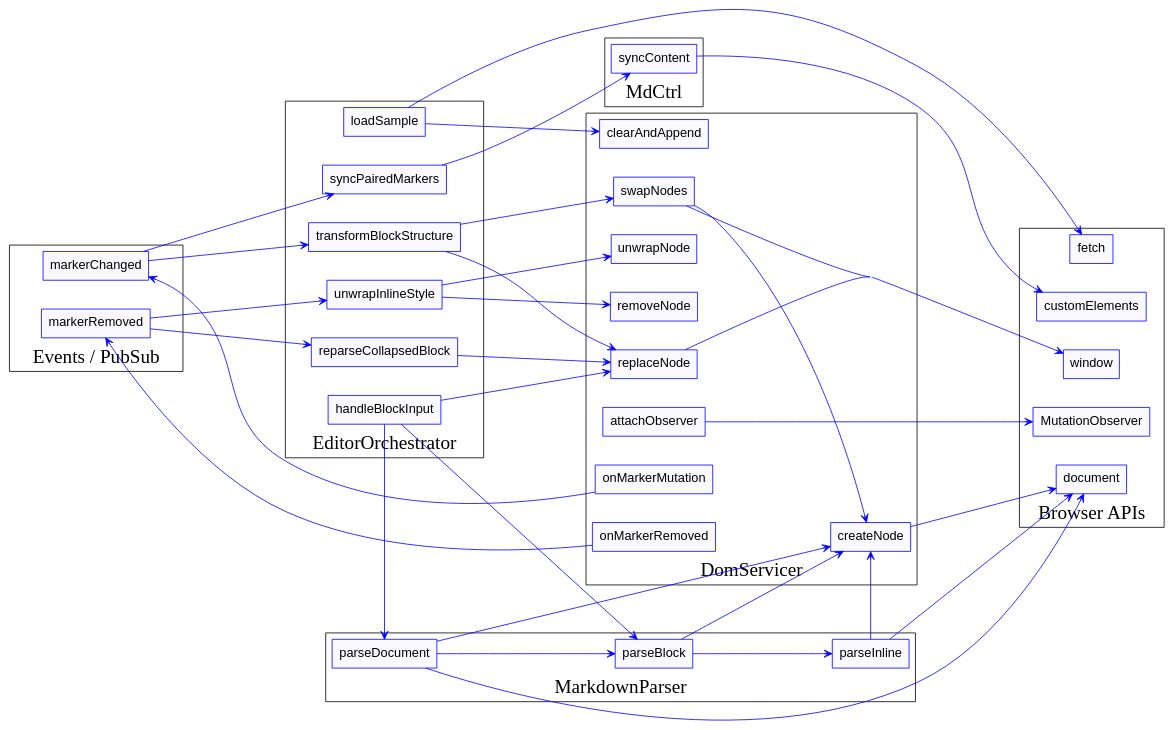
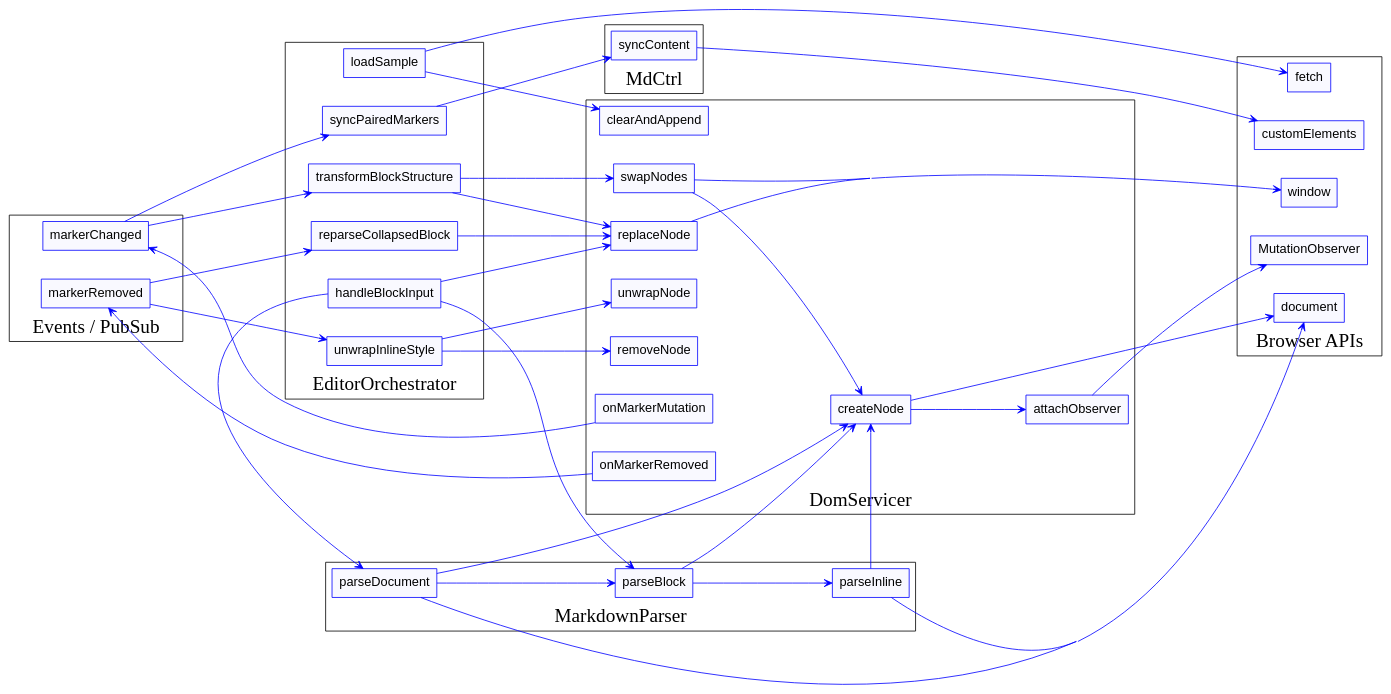
Before and after one commit to invisement/markdown-presentation: the diagram in reports/logic-graph.dot, drawn with Graphviz.

Commit message:
docs: include attachObserver edges in logic graph

```diff
--- a/reports/logic-graph.dot
+++ b/reports/logic-graph.dot
@@ -1,80 +1,81 @@
 digraph logic {
   graph [fontsize=24; rankdir="LR"; labelloc="b"; concentrate=true; overlap=false; splines=true; color=black; nodesep=0.5; ranksep=2;];
   node [shape=box, fontsize=16, color=blue, fontname="Arial", style=filled, fillcolor="#f9f9ff"];
   edge [fontsize=12, color=blue, arrowhead=vee];
 
   subgraph "cluster_EditorOrchestrator" {
     label = "EditorOrchestrator";
     "editor-orchestrator.ts:EditorOrchestrator:syncPairedMarkers" [label="syncPairedMarkers", URL="editor-orchestrator.ts", tooltip="editor-orchestrator.ts"];
     "editor-orchestrator.ts:EditorOrchestrator:transformBlockStructure" [label="transformBlockStructure", URL="editor-orchestrator.ts", tooltip="editor-orchestrator.ts"];
     "editor-orchestrator.ts:EditorOrchestrator:reparseCollapsedBlock" [label="reparseCollapsedBlock", URL="editor-orchestrator.ts", tooltip="editor-orchestrator.ts"];
     "editor-orchestrator.ts:EditorOrchestrator:unwrapInlineStyle" [label="unwrapInlineStyle", URL="editor-orchestrator.ts", tooltip="editor-orchestrator.ts"];
     "editor-orchestrator.ts:EditorOrchestrator:handleBlockInput" [label="handleBlockInput", URL="editor-orchestrator.ts", tooltip="editor-orchestrator.ts"];
     "editor-orchestrator.ts:EditorOrchestrator:loadSample" [label="loadSample", URL="editor-orchestrator.ts", tooltip="editor-orchestrator.ts"];
   }
   subgraph "cluster_MdCtrl" {
     label = "MdCtrl";
     "dom-servicer.ts:MdCtrl:syncContent" [label="syncContent", URL="dom-servicer.ts", tooltip="dom-servicer.ts"];
   }
   subgraph "cluster_DomServicer" {
     label = "DomServicer";
     "dom-servicer.ts:DomServicer:replaceNode" [label="replaceNode", URL="dom-servicer.ts", tooltip="dom-servicer.ts"];
     "dom-servicer.ts:DomServicer:swapNodes" [label="swapNodes", URL="dom-servicer.ts", tooltip="dom-servicer.ts"];
     "dom-servicer.ts:DomServicer:removeNode" [label="removeNode", URL="dom-servicer.ts", tooltip="dom-servicer.ts"];
     "dom-servicer.ts:DomServicer:unwrapNode" [label="unwrapNode", URL="dom-servicer.ts", tooltip="dom-servicer.ts"];
     "dom-servicer.ts:DomServicer:clearAndAppend" [label="clearAndAppend", URL="dom-servicer.ts", tooltip="dom-servicer.ts"];
     "dom-servicer.ts:DomServicer:createNode" [label="createNode", URL="dom-servicer.ts", tooltip="dom-servicer.ts"];
     "dom-servicer.ts:DomServicer:attachObserver" [label="attachObserver", URL="dom-servicer.ts", tooltip="dom-servicer.ts"];
     "dom-servicer.ts:DomServicer:onMarkerMutation" [label="onMarkerMutation", URL="dom-servicer.ts", tooltip="dom-servicer.ts"];
     "dom-servicer.ts:DomServicer:onMarkerRemoved" [label="onMarkerRemoved", URL="dom-servicer.ts", tooltip="dom-servicer.ts"];
   }
   subgraph "cluster_MarkdownParser" {
     label = "MarkdownParser";
     "markdown-parser.ts:MarkdownParser:parseDocument" [label="parseDocument", URL="markdown-parser.ts", tooltip="markdown-parser.ts"];
     "markdown-parser.ts:MarkdownParser:parseBlock" [label="parseBlock", URL="markdown-parser.ts", tooltip="markdown-parser.ts"];
     "markdown-parser.ts:MarkdownParser:parseInline" [label="parseInline", URL="markdown-parser.ts", tooltip="markdown-parser.ts"];
   }
   subgraph cluster_events {
     label = "Events / PubSub";
     "Topic:markerChanged" [label="markerChanged", URL="pubsub.ts", tooltip="pubsub.ts"];
     "Topic:markerRemoved" [label="markerRemoved", URL="pubsub.ts", tooltip="pubsub.ts"];
   }
   subgraph cluster_browser {
     label = "Browser APIs";
     "Browser:fetch" [label="fetch"];
     "Browser:customElements" [label="customElements"];
     "Browser:document" [label="document"];
     "Browser:MutationObserver" [label="MutationObserver"];
     "Browser:window" [label="window"];
   }
   "Topic:markerChanged" -> "editor-orchestrator.ts:EditorOrchestrator:syncPairedMarkers";
   "Topic:markerChanged" -> "editor-orchestrator.ts:EditorOrchestrator:transformBlockStructure";
   "Topic:markerRemoved" -> "editor-orchestrator.ts:EditorOrchestrator:reparseCollapsedBlock";
   "Topic:markerRemoved" -> "editor-orchestrator.ts:EditorOrchestrator:unwrapInlineStyle";
   "dom-servicer.ts:DomServicer:attachObserver" -> "Browser:MutationObserver";
   "dom-servicer.ts:DomServicer:createNode" -> "Browser:document";
+  "dom-servicer.ts:DomServicer:createNode" -> "dom-servicer.ts:DomServicer:attachObserver";
   "dom-servicer.ts:DomServicer:onMarkerMutation" -> "Topic:markerChanged";
   "dom-servicer.ts:DomServicer:onMarkerRemoved" -> "Topic:markerRemoved";
   "dom-servicer.ts:DomServicer:replaceNode" -> "Browser:window";
   "dom-servicer.ts:DomServicer:swapNodes" -> "Browser:window";
   "dom-servicer.ts:DomServicer:swapNodes" -> "dom-servicer.ts:DomServicer:createNode";
   "dom-servicer.ts:MdCtrl:syncContent" -> "Browser:customElements";
   "editor-orchestrator.ts:EditorOrchestrator:handleBlockInput" -> "dom-servicer.ts:DomServicer:replaceNode";
   "editor-orchestrator.ts:EditorOrchestrator:handleBlockInput" -> "markdown-parser.ts:MarkdownParser:parseBlock";
   "editor-orchestrator.ts:EditorOrchestrator:handleBlockInput" -> "markdown-parser.ts:MarkdownParser:parseDocument";
   "editor-orchestrator.ts:EditorOrchestrator:loadSample" -> "Browser:fetch";
   "editor-orchestrator.ts:EditorOrchestrator:loadSample" -> "dom-servicer.ts:DomServicer:clearAndAppend";
   "editor-orchestrator.ts:EditorOrchestrator:reparseCollapsedBlock" -> "dom-servicer.ts:DomServicer:replaceNode";
   "editor-orchestrator.ts:EditorOrchestrator:syncPairedMarkers" -> "dom-servicer.ts:MdCtrl:syncContent";
   "editor-orchestrator.ts:EditorOrchestrator:transformBlockStructure" -> "dom-servicer.ts:DomServicer:replaceNode";
   "editor-orchestrator.ts:EditorOrchestrator:transformBlockStructure" -> "dom-servicer.ts:DomServicer:swapNodes";
   "editor-orchestrator.ts:EditorOrchestrator:unwrapInlineStyle" -> "dom-servicer.ts:DomServicer:removeNode";
   "editor-orchestrator.ts:EditorOrchestrator:unwrapInlineStyle" -> "dom-servicer.ts:DomServicer:unwrapNode";
   "markdown-parser.ts:MarkdownParser:parseBlock" -> "dom-servicer.ts:DomServicer:createNode";
   "markdown-parser.ts:MarkdownParser:parseBlock" -> "markdown-parser.ts:MarkdownParser:parseInline";
   "markdown-parser.ts:MarkdownParser:parseDocument" -> "Browser:document";
   "markdown-parser.ts:MarkdownParser:parseDocument" -> "dom-servicer.ts:DomServicer:createNode";
   "markdown-parser.ts:MarkdownParser:parseDocument" -> "markdown-parser.ts:MarkdownParser:parseBlock";
   "markdown-parser.ts:MarkdownParser:parseInline" -> "Browser:document";
   "markdown-parser.ts:MarkdownParser:parseInline" -> "dom-servicer.ts:DomServicer:createNode";
 }
```
